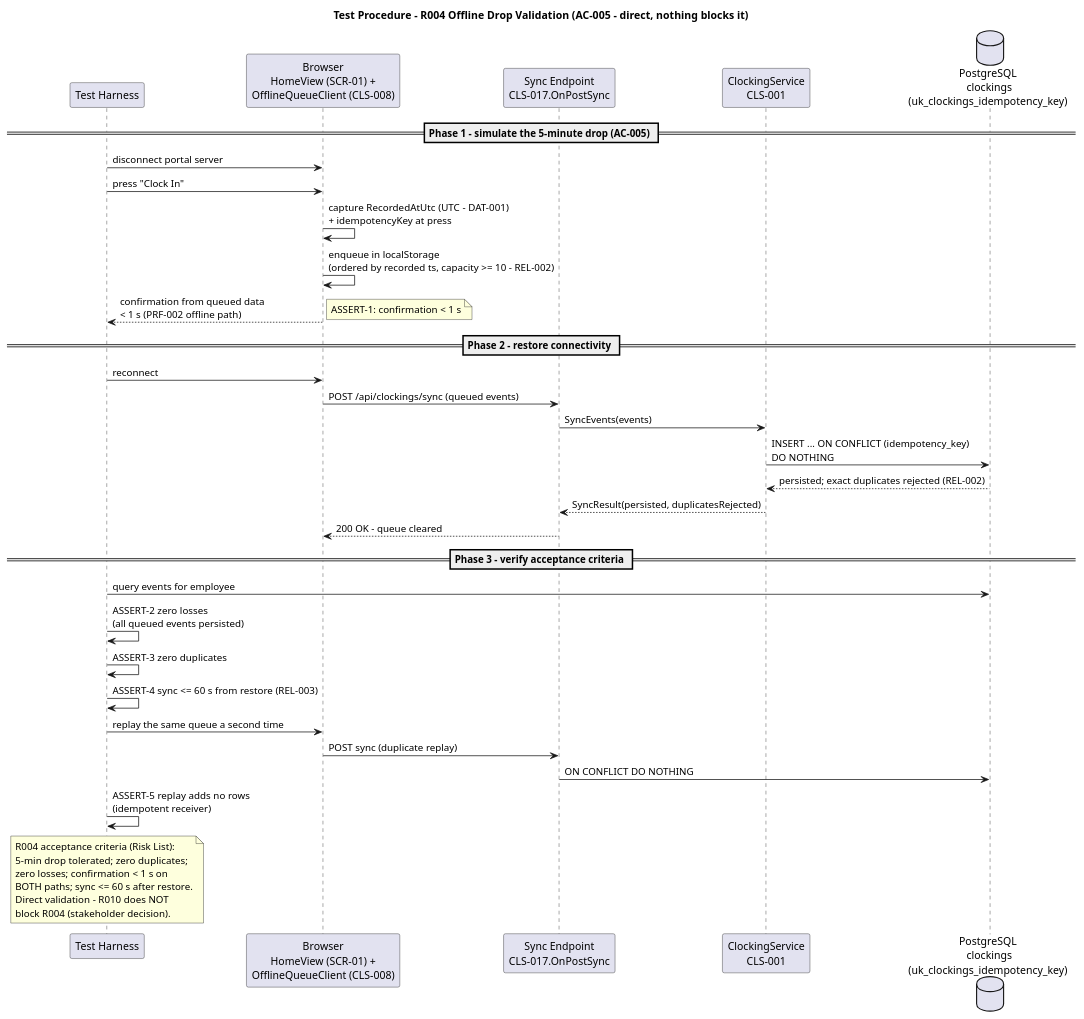
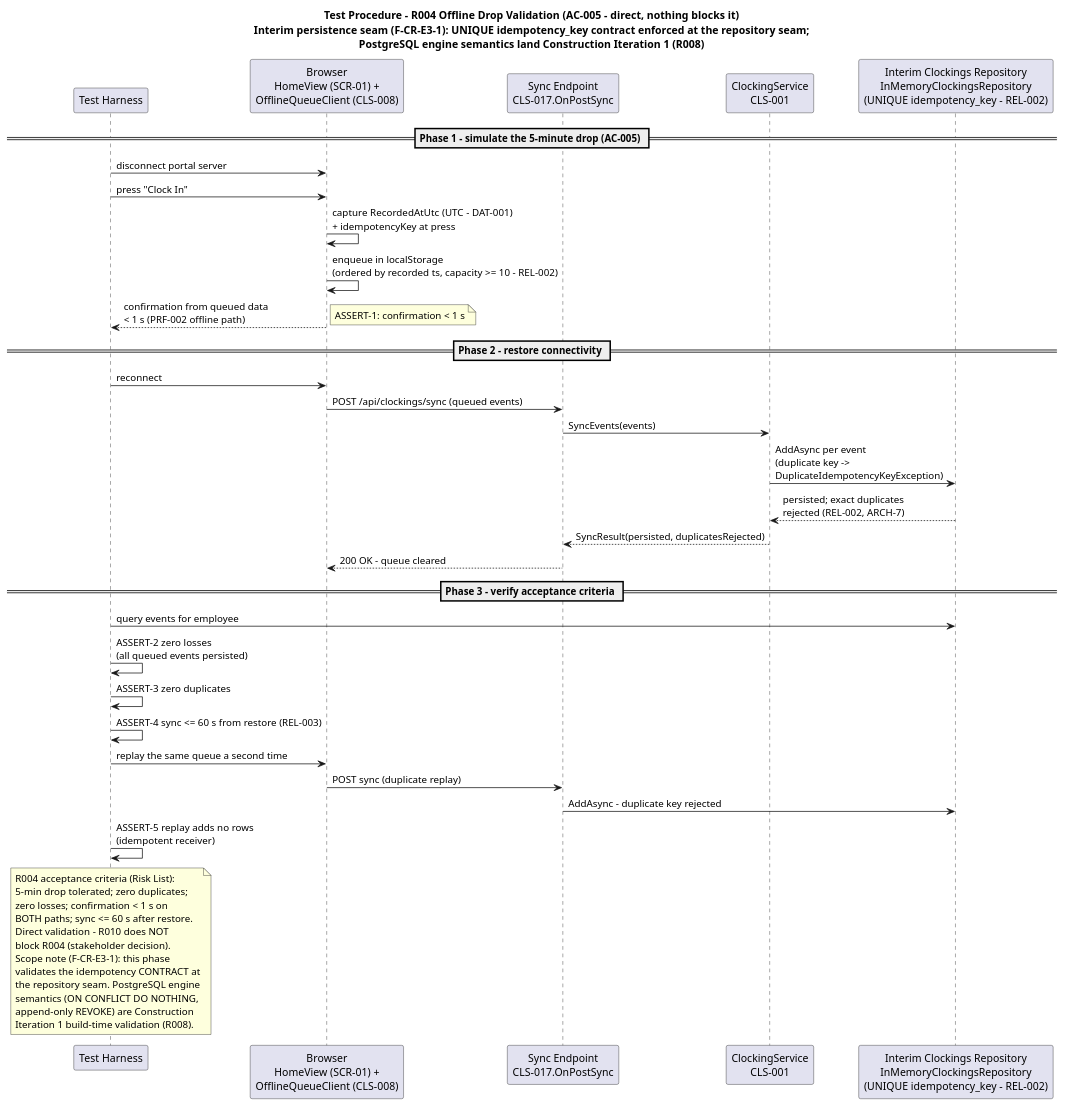
Before and after one commit to banense-test/employee-portal: the third of 5 diagrams in docs/artifacts/test/test-evaluation-summary.md, drawn with PlantUML. The commit also changed other lines of this file, not shown here.

First line of the commit message:
Test Manager [E3]: upsert Test Evaluation Summary

````diff
--- a/docs/artifacts/test/test-evaluation-summary.md
+++ b/docs/artifacts/test/test-evaluation-summary.md
@@ -174,47 +184,53 @@
 ```plantuml
 @startuml
-title Test Procedure - R004 Offline Drop Validation (AC-005 - direct, nothing blocks it)
+title Test Procedure - R004 Offline Drop Validation (AC-005 - direct, nothing blocks it)\nInterim persistence seam (F-CR-E3-1): UNIQUE idempotency_key contract enforced at the repository seam;\nPostgreSQL engine semantics land Construction Iteration 1 (R008)
 
 participant "Test Harness" as TEST
 participant "Browser\nHomeView (SCR-01) +\nOfflineQueueClient (CLS-008)" as BR
 participant "Sync Endpoint\nCLS-017.OnPostSync" as SYNC
 participant "ClockingService\nCLS-001" as CLK
-database "PostgreSQL\n clockings\n(uk_clockings_idempotency_key)" as PG
+participant "Interim Clockings Repository\nInMemoryClockingsRepository\n(UNIQUE idempotency_key - REL-002)" as REPO
 
 == Phase 1 - simulate the 5-minute drop (AC-005) ==
 TEST -> BR : disconnect portal server
 TEST -> BR : press "Clock In"
 BR -> BR : capture RecordedAtUtc (UTC - DAT-001)\n+ idempotencyKey at press
 BR -> BR : enqueue in localStorage\n(ordered by recorded ts, capacity >= 10 - REL-002)
 BR --> TEST : confirmation from queued data\n< 1 s (PRF-002 offline path)
 note right: ASSERT-1: confirmation < 1 s
 
 == Phase 2 - restore connectivity ==
 TEST -> BR : reconnect
 BR -> SYNC : POST /api/clockings/sync (queued events)
 SYNC -> CLK : SyncEvents(events)
-CLK -> PG : INSERT ... ON CONFLICT (idempotency_key)\nDO NOTHING
-PG --> CLK : persisted; exact duplicates rejected (REL-002)
+CLK -> REPO : AddAsync per event\n(duplicate key ->\nDuplicateIdempotencyKeyException)
+REPO --> CLK : persisted; exact duplicates\nrejected (REL-002, ARCH-7)
 CLK --> SYNC : SyncResult(persisted, duplicatesRejected)
 SYNC --> BR : 200 OK - queue cleared
 
 == Phase 3 - verify acceptance criteria ==
-TEST -> PG : query events for employee
+TEST -> REPO : query events for employee
 TEST -> TEST : ASSERT-2 zero losses\n(all queued events persisted)
 TEST -> TEST : ASSERT-3 zero duplicates
 TEST -> TEST : ASSERT-4 sync <= 60 s from restore (REL-003)
 TEST -> BR : replay the same queue a second time
 BR -> SYNC : POST sync (duplicate replay)
-SYNC -> PG : ON CONFLICT DO NOTHING
+SYNC -> REPO : AddAsync - duplicate key rejected
 TEST -> TEST : ASSERT-5 replay adds no rows\n(idempotent receiver)
 
 note over TEST
   R004 acceptance criteria (Risk List):
   5-min drop tolerated; zero duplicates;
   zero losses; confirmation < 1 s on
   BOTH paths; sync <= 60 s after restore.
   Direct validation - R010 does NOT
   block R004 (stakeholder decision).
+  Scope note (F-CR-E3-1): this phase
+  validates the idempotency CONTRACT at
+  the repository seam. PostgreSQL engine
+  semantics (ON CONFLICT DO NOTHING,
+  append-only REVOKE) are Construction
+  Iteration 1 build-time validation (R008).
 end note
 @enduml
 ```
````
